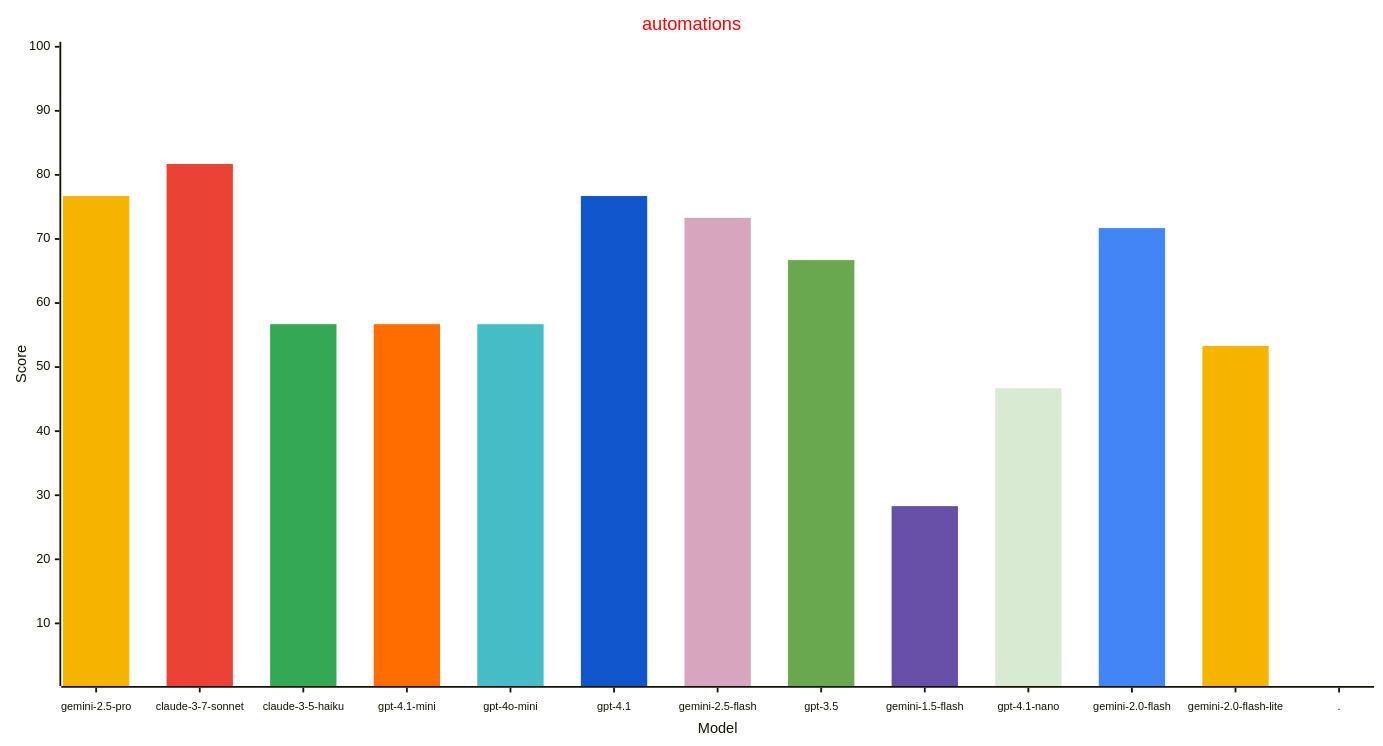
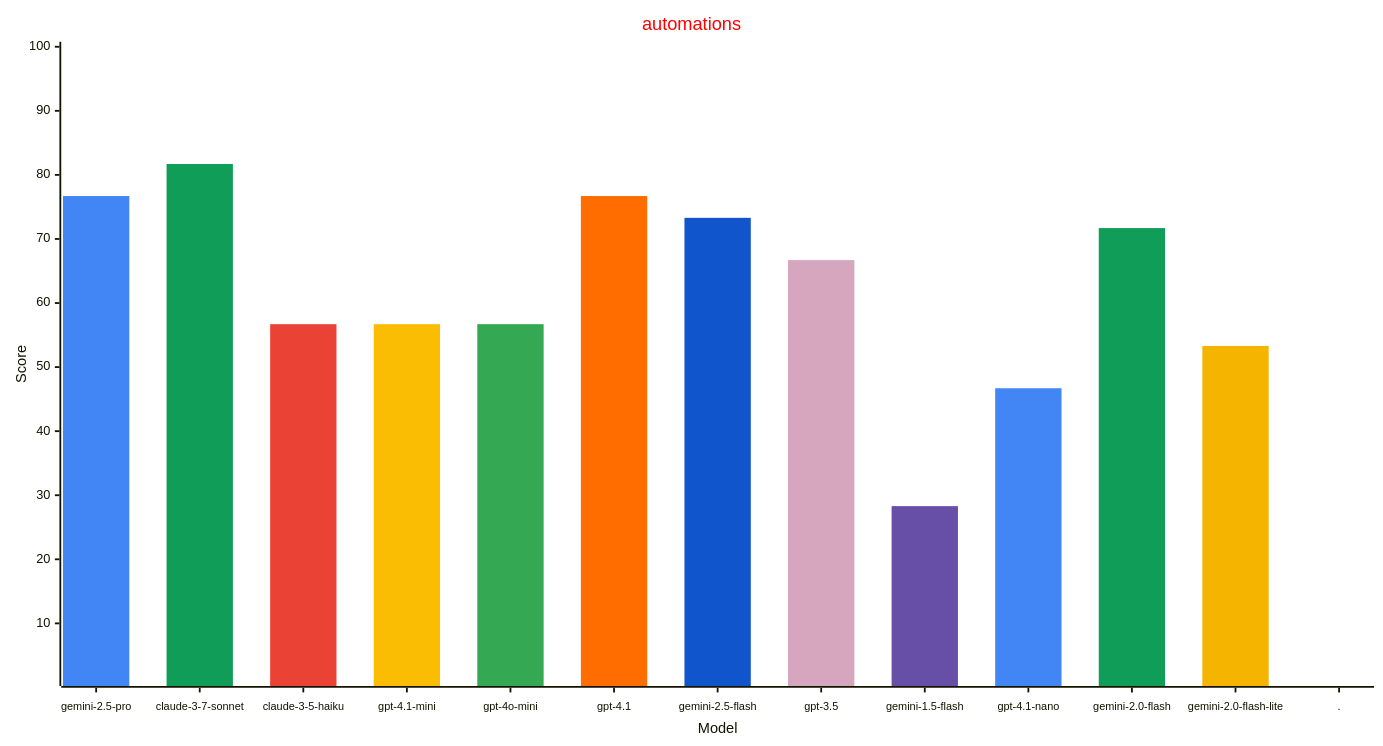
The fourth of 4 diagrams in reports/README.md (allenporter/home-assistant-datasets), drawn with Mermaid before and after one commit. The commit also changed other lines of this file, not shown here.

````diff
--- a/reports/README.md
+++ b/reports/README.md
@@ -206,33 +207,33 @@
 ```mermaid
 ---
 config:
     xyChart:
         width: 1500
         height: 800
         xAxis:
           labelFontSize: 12
           labelPadding: 8
     themeVariables:
         xyChart:
             titleColor: "#ff0000"
-            plotColorPalette: "#f4b400, #ea4335, #34a853, #ff6d01, #46bdc6, #1155cc, #d5a6bd, #6aa84f, #674ea7, #d9ead3, #4285f4, #f4b400, #4285f4"
+            plotColorPalette: "#4285f4, #0f9d58, #ea4335, #fbbc04, #34a853, #ff6d01, #1155cc, #d5a6bd, #674ea7, #4285f4, #0f9d58, #f4b400, #4285f4"
 
 ---
 xychart-beta
   title "automations"
   x-axis "Model" [gemini-2.5-pro, claude-3-7-sonnet, claude-3-5-haiku, gpt-4.1-mini, gpt-4o-mini, gpt-4.1, gemini-2.5-flash, gpt-3.5, gemini-1.5-flash, gpt-4.1-nano, gemini-2.0-flash, gemini-2.0-flash-lite, .]
   y-axis "Score" 1 --> 100
   bar [76.7, 0.0, 0.0, 0.0, 0.0, 0.0, 0.0, 0.0, 0.0, 0.0, 0.0, 0.0, 0.0]
   bar [0.0, 81.7, 0.0, 0.0, 0.0, 0.0, 0.0, 0.0, 0.0, 0.0, 0.0, 0.0, 0.0]
   bar [0.0, 0.0, 56.7, 0.0, 0.0, 0.0, 0.0, 0.0, 0.0, 0.0, 0.0, 0.0, 0.0]
   bar [0.0, 0.0, 0.0, 56.7, 0.0, 0.0, 0.0, 0.0, 0.0, 0.0, 0.0, 0.0, 0.0]
   bar [0.0, 0.0, 0.0, 0.0, 56.7, 0.0, 0.0, 0.0, 0.0, 0.0, 0.0, 0.0, 0.0]
   bar [0.0, 0.0, 0.0, 0.0, 0.0, 76.7, 0.0, 0.0, 0.0, 0.0, 0.0, 0.0, 0.0]
   bar [0.0, 0.0, 0.0, 0.0, 0.0, 0.0, 73.3, 0.0, 0.0, 0.0, 0.0, 0.0, 0.0]
   bar [0.0, 0.0, 0.0, 0.0, 0.0, 0.0, 0.0, 66.7, 0.0, 0.0, 0.0, 0.0, 0.0]
   bar [0.0, 0.0, 0.0, 0.0, 0.0, 0.0, 0.0, 0.0, 28.3, 0.0, 0.0, 0.0, 0.0]
   bar [0.0, 0.0, 0.0, 0.0, 0.0, 0.0, 0.0, 0.0, 0.0, 46.7, 0.0, 0.0, 0.0]
   bar [0.0, 0.0, 0.0, 0.0, 0.0, 0.0, 0.0, 0.0, 0.0, 0.0, 71.7, 0.0, 0.0]
   bar [0.0, 0.0, 0.0, 0.0, 0.0, 0.0, 0.0, 0.0, 0.0, 0.0, 0.0, 53.3, 0.0]
   bar [0.0, 0.0, 0.0, 0.0, 0.0, 0.0, 0.0, 0.0, 0.0, 0.0, 0.0, 0.0, -1.0]
 ```
````
